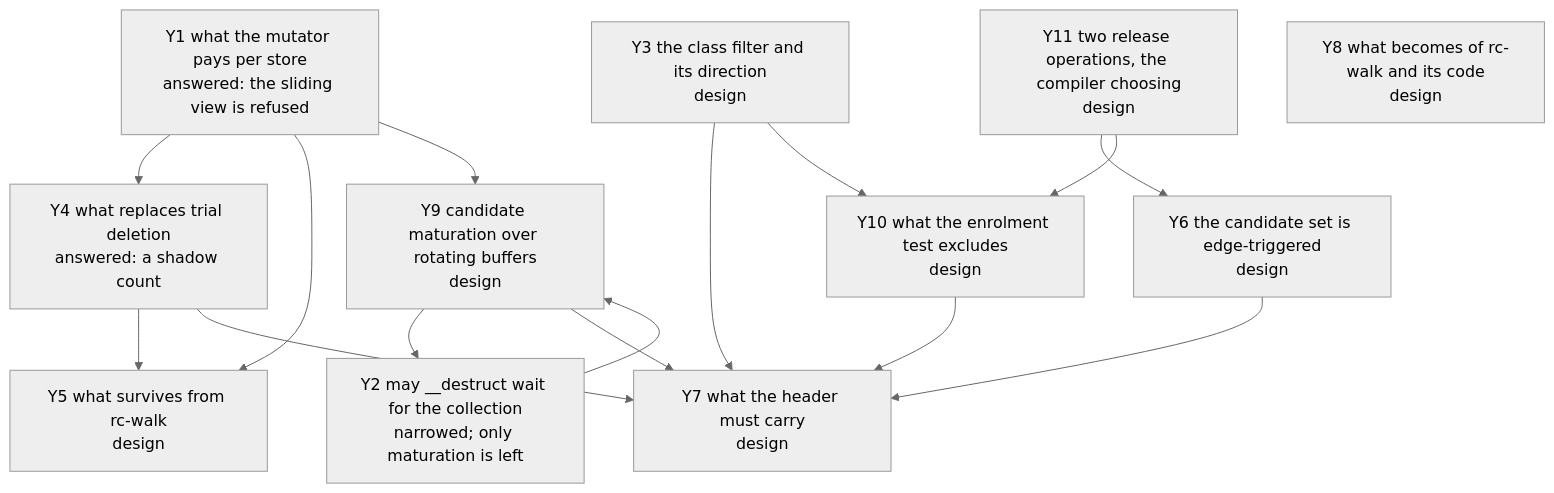
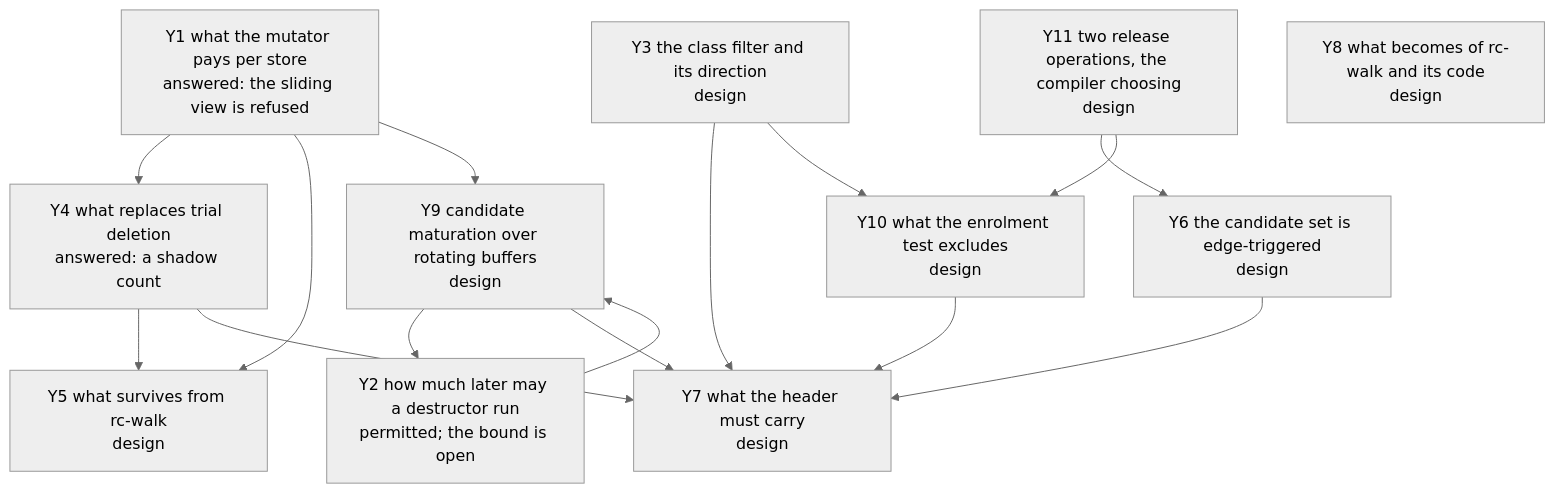
The diagram in model/gc/cycle/questions.md (limelight-lang/rfc), drawn with Mermaid (neutral theme) before and after one commit. The commit also changed other lines of this file and 2 other files, not shown here.

First line of the commit message:
gc: __destruct may run later than the count reaching zero — Edmond's ruling, recorded

````diff
--- a/model/gc/cycle/questions.md
+++ b/model/gc/cycle/questions.md
@@ -15,15 +15,15 @@
 ```mermaid
 flowchart TD
     Y1[Y1 what the mutator pays per store<br/>answered: the sliding view is refused] --> Y4 & Y5 & Y9
-    Y2[Y2 may __destruct wait for the collection<br/>narrowed; only maturation is left] --> Y9
+    Y2[Y2 how much later may a destructor run<br/>permitted; the bound is open] --> Y9
     Y3[Y3 the class filter and its direction<br/>design] --> Y7
     Y4[Y4 what replaces trial deletion<br/>answered: a shadow count] --> Y5 & Y7
     Y9[Y9 candidate maturation over rotating buffers<br/>design] --> Y2 & Y7
     Y10[Y10 what the enrolment test excludes<br/>design] --> Y7
     Y11[Y11 two release operations, the compiler choosing<br/>design] --> Y6 & Y10
     Y3 --> Y10
     Y5[Y5 what survives from rc-walk<br/>design]
     Y6[Y6 the candidate set is edge-triggered<br/>design] --> Y7
     Y7[Y7 what the header must carry<br/>design]
     Y8[Y8 what becomes of rc-walk and its code<br/>design]
 ```
````
